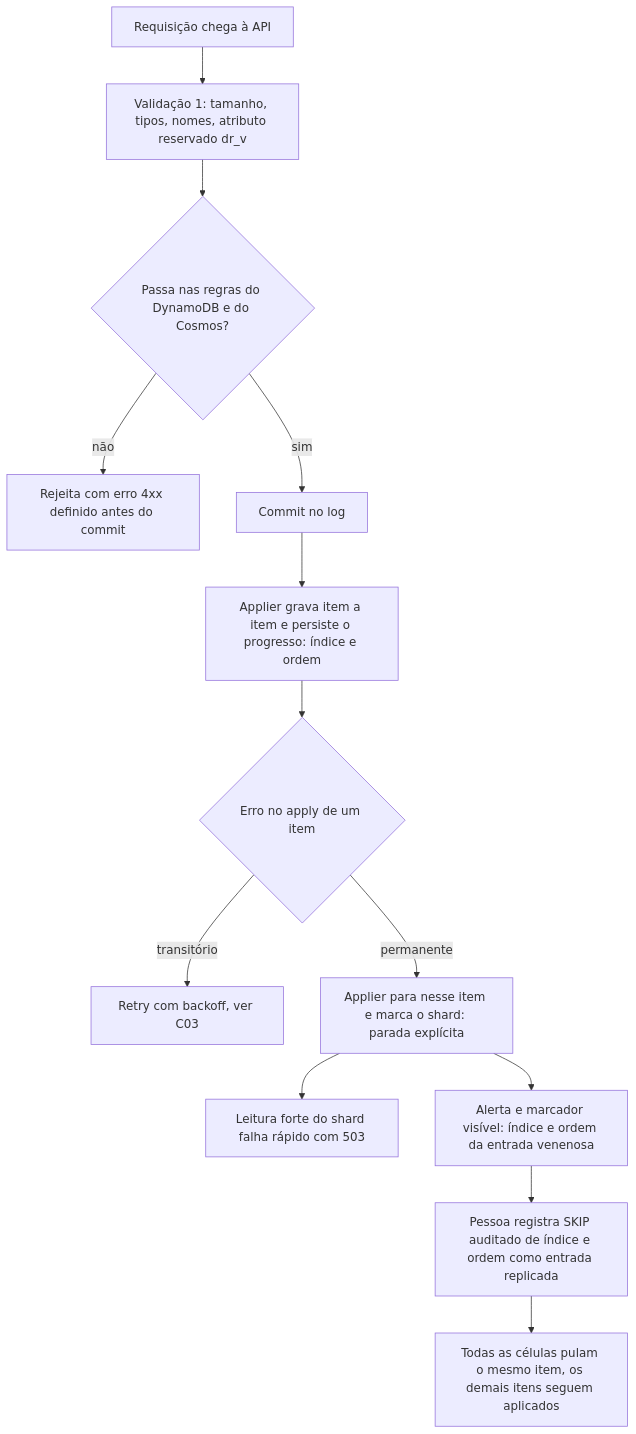
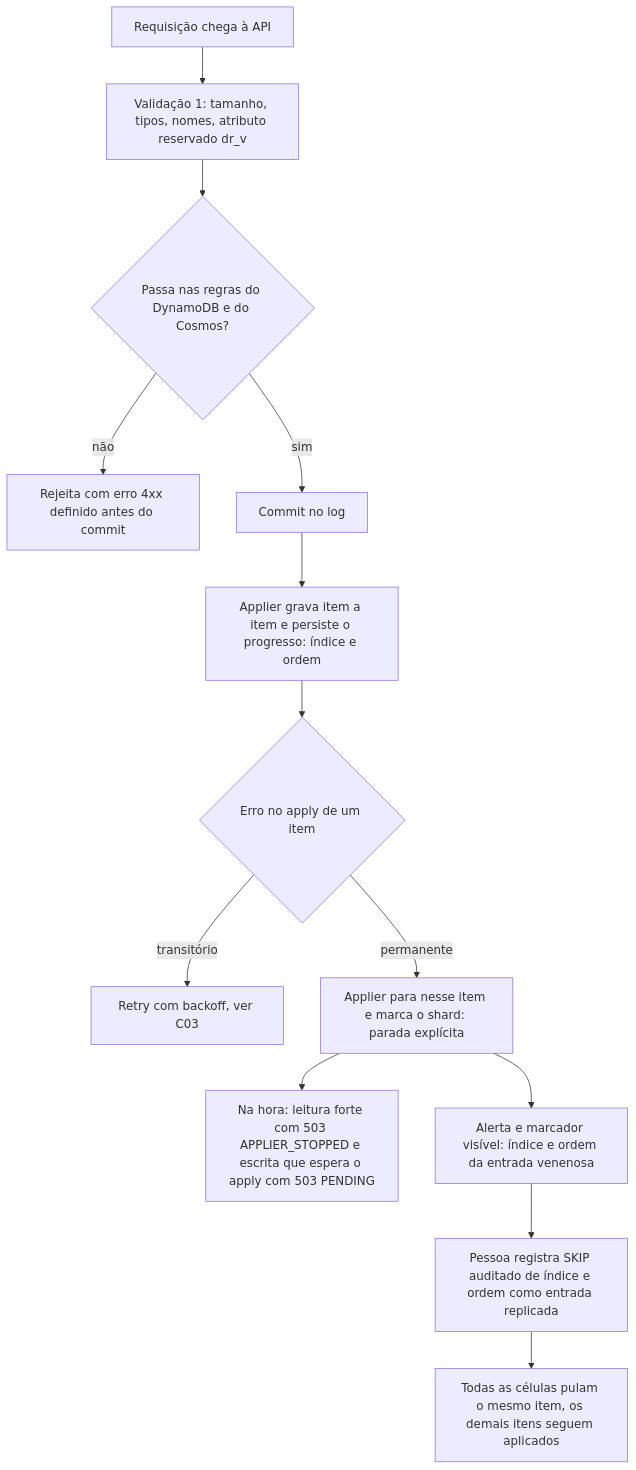
One commit to brbarmex/k changed the diagram in doc/02_cenarios/atualizados/C26-entrada-venenosa.md. Above: the diagram before and after it, drawn with Mermaid. The commit also changed other lines of this file and 92 other files, not shown here.

````diff
--- a/doc/02_cenarios/atualizados/C26-entrada-venenosa.md
+++ b/doc/02_cenarios/atualizados/C26-entrada-venenosa.md
@@ -19,15 +19,15 @@
 ```mermaid
 flowchart TD
     A["Requisição chega à API"] --> B["Validação 1: tamanho, tipos, nomes, atributo reservado dr_v"]
     B --> C{"Passa nas regras do DynamoDB e do Cosmos?"}
     C -->|"não"| D["Rejeita com erro 4xx definido antes do commit"]
     C -->|"sim"| E["Commit no log"]
     E --> F["Applier grava item a item e persiste o progresso: índice e ordem"]
     F --> G{"Erro no apply de um item"}
     G -->|"transitório"| H["Retry com backoff, ver C03"]
     G -->|"permanente"| I["Applier para nesse item e marca o shard: parada explícita"]
-    I --> I2["Leitura forte do shard falha rápido com 503"]
+    I --> I2["Na hora: leitura forte com 503 APPLIER_STOPPED e escrita que espera o apply com 503 PENDING"]
     I --> J["Alerta e marcador visível: índice e ordem da entrada venenosa"]
     J --> K["Pessoa registra SKIP auditado de índice e ordem como entrada replicada"]
     K --> L["Todas as células pulam o mesmo item, os demais itens seguem aplicados"]
 ```
````
